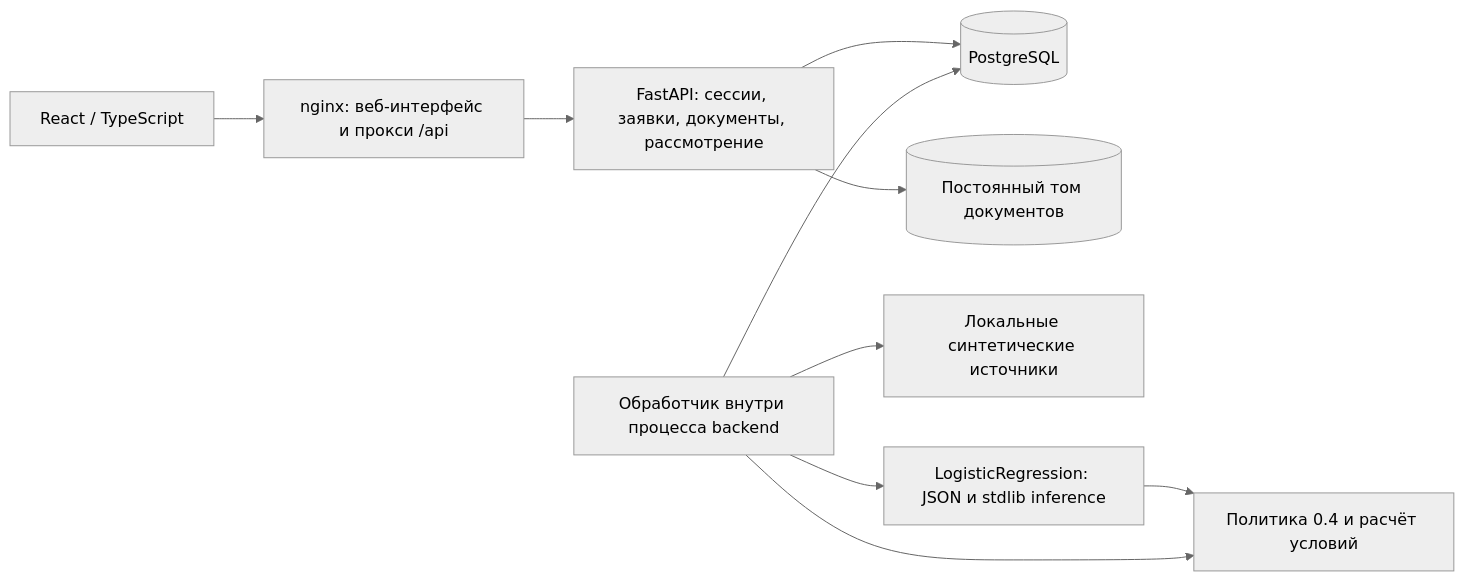
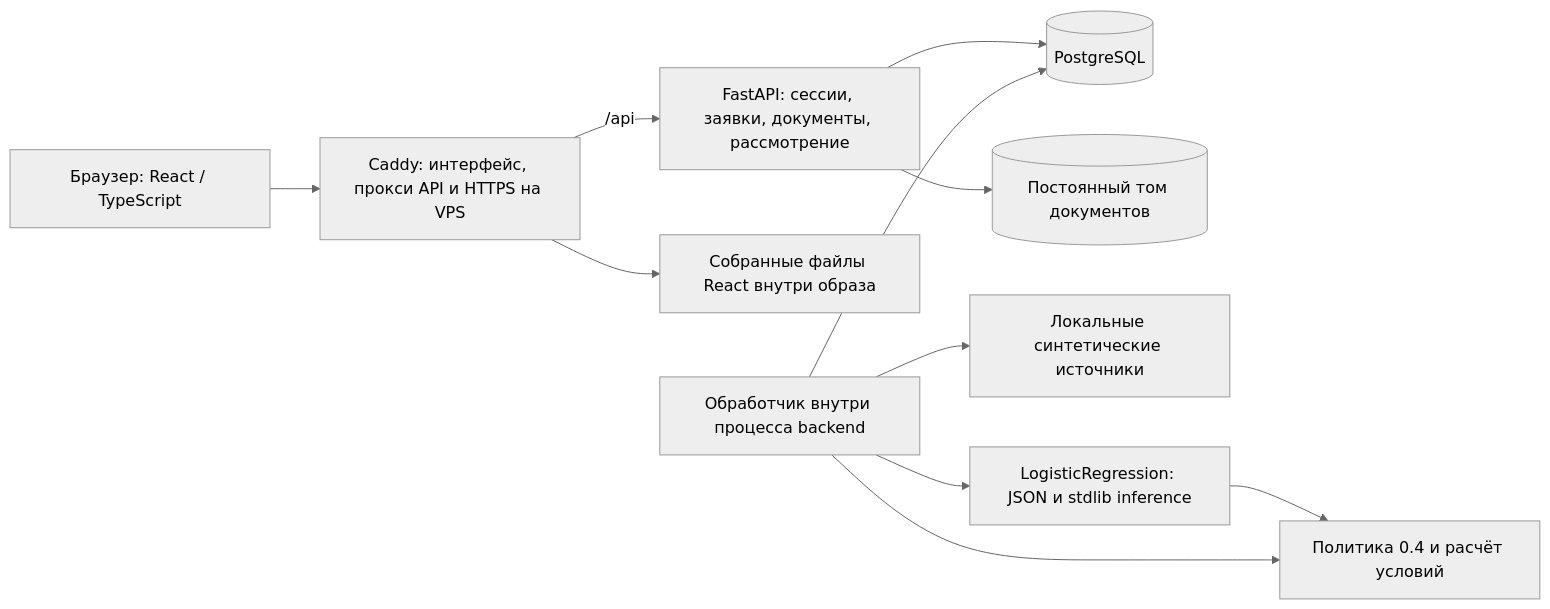
One commit to L3iHS/alfa-hack-smart-credit-cabinet changed the first of 3 diagrams in docs/architecture.md. Above: the diagram before and after it, drawn with Mermaid (neutral theme). The commit also changed other lines of this file and 9 other files, not shown here.

Commit message:
Serve frontend and API through a single Caddy container

````diff
--- a/docs/architecture.md
+++ b/docs/architecture.md
@@ -7,12 +7,13 @@
 ```mermaid
 flowchart LR
-    Browser[React / TypeScript] --> Nginx[nginx: веб-интерфейс и прокси /api]
-    Nginx --> API[FastAPI: сессии, заявки, документы, рассмотрение]
+    Browser[Браузер: React / TypeScript] --> Web[Caddy: интерфейс, прокси API и HTTPS на VPS]
+    Web -->|/api| API[FastAPI: сессии, заявки, документы, рассмотрение]
+    Web --> Static[Собранные файлы React внутри образа]
     API --> DB[(PostgreSQL)]
     API --> Files[(Постоянный том документов)]
     Worker[Обработчик внутри процесса backend] --> DB
     Worker --> Providers[Локальные синтетические источники]
     Worker --> Model[LogisticRegression: JSON и stdlib inference]
     Model --> Rules[Политика 0.4 и расчёт условий]
     Worker --> Rules
 ```
````
